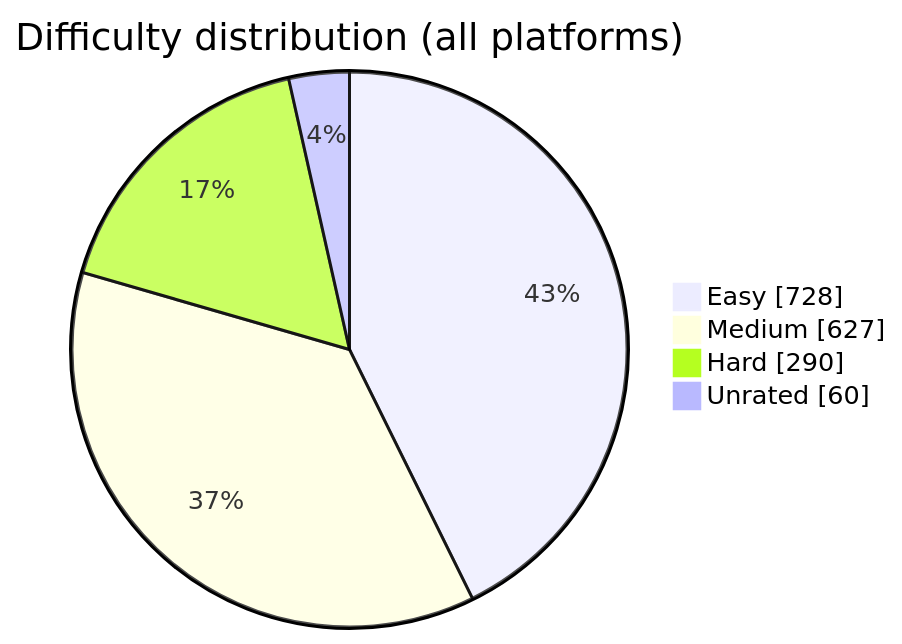
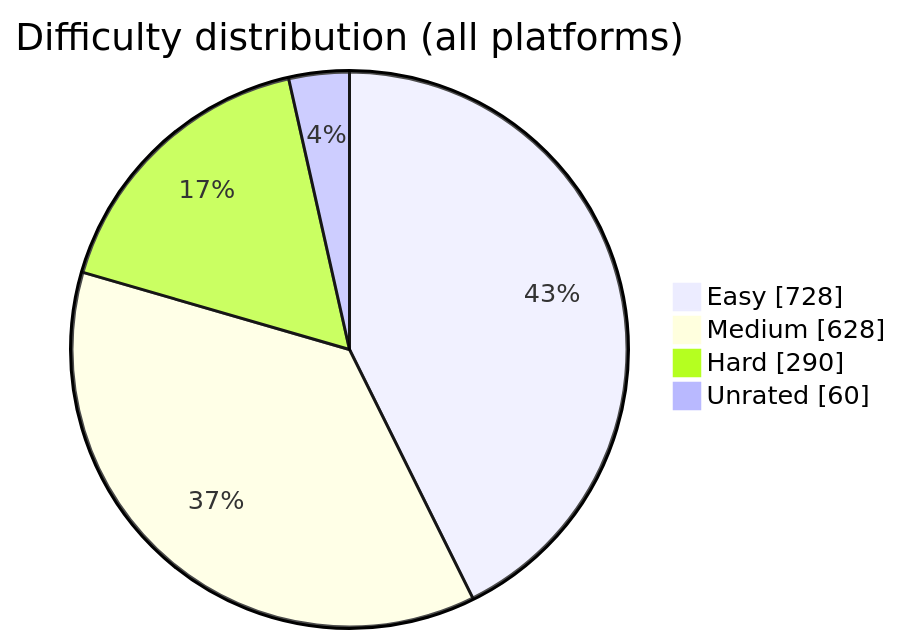
The diagram in README.md (BuildbyArindam/Daily-Coding-Log), drawn with Mermaid before and after one commit. The commit also changed other lines of this file, not shown here.

````diff
--- a/README.md
+++ b/README.md
@@ -93,7 +93,7 @@
 ```mermaid
 pie showData title Difficulty distribution (all platforms)
     "Easy" : 728
-    "Medium" : 627
+    "Medium" : 628
     "Hard" : 290
     "Unrated" : 60
 ```
````
